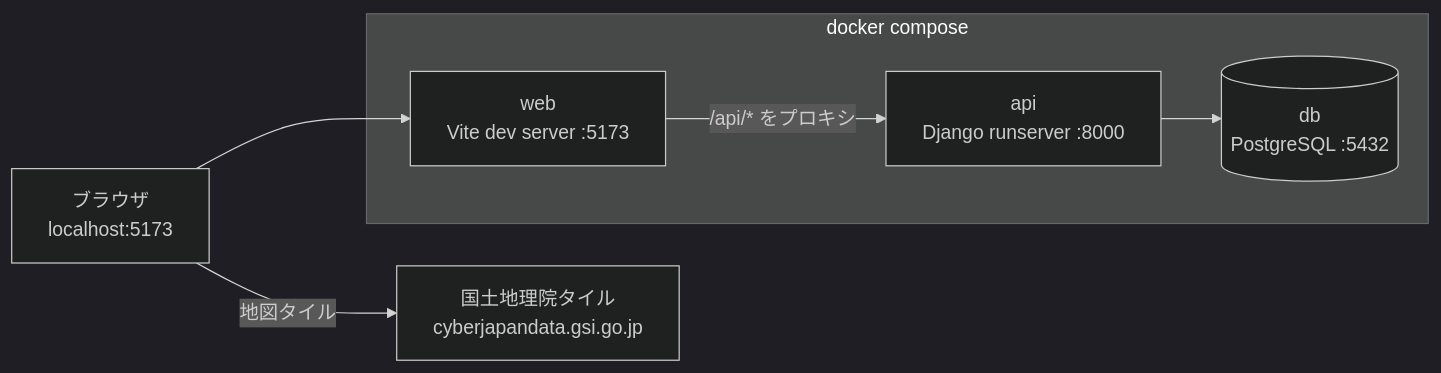
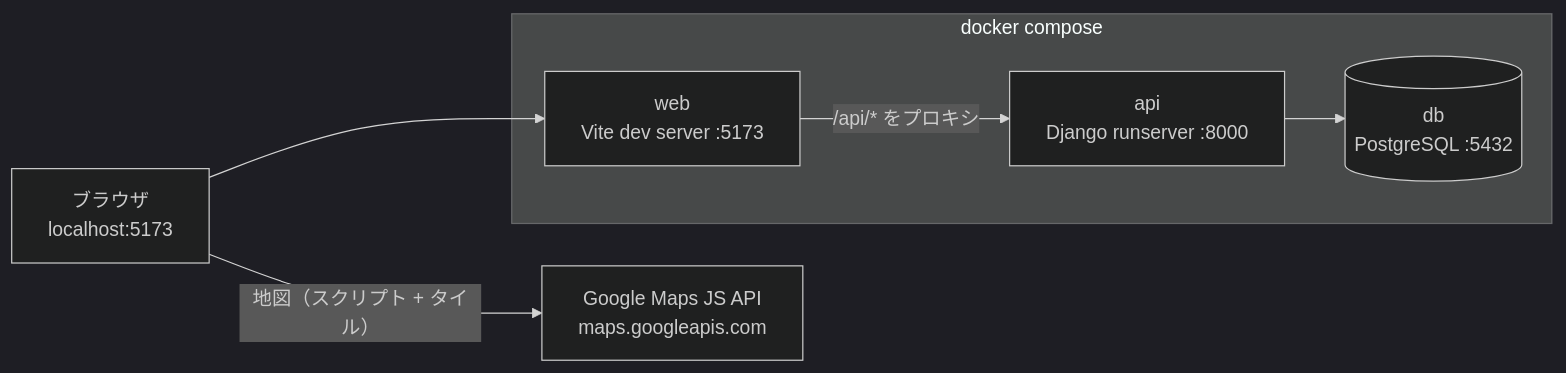
One commit to jovid18/django_prac changed the first of 2 diagrams in docs/02-architecture.md. Above: the diagram before and after it, drawn with Mermaid (dark theme). The commit also changed other lines of this file and 38 other files, not shown here.

First line of the commit message:
feat(map): Google Maps で地図画面を実装（MapLibre から変更） (#4)

````diff
--- a/docs/02-architecture.md
+++ b/docs/02-architecture.md
@@ -9,15 +9,15 @@
 ```mermaid
 flowchart LR
   B["ブラウザ<br/>localhost:5173"]
   subgraph DC["docker compose"]
     W["web<br/>Vite dev server :5173"]
     A["api<br/>Django runserver :8000"]
     D[("db<br/>PostgreSQL :5432")]
   end
-  T["国土地理院タイル<br/>cyberjapandata.gsi.go.jp"]
+  G["Google Maps JS API<br/>maps.googleapis.com"]
 
   B --> W
   W -->|"/api/* をプロキシ"| A
   A --> D
-  B -->|"地図タイル"| T
+  B -->|"地図（スクリプト + タイル）"| G
 ```
````
